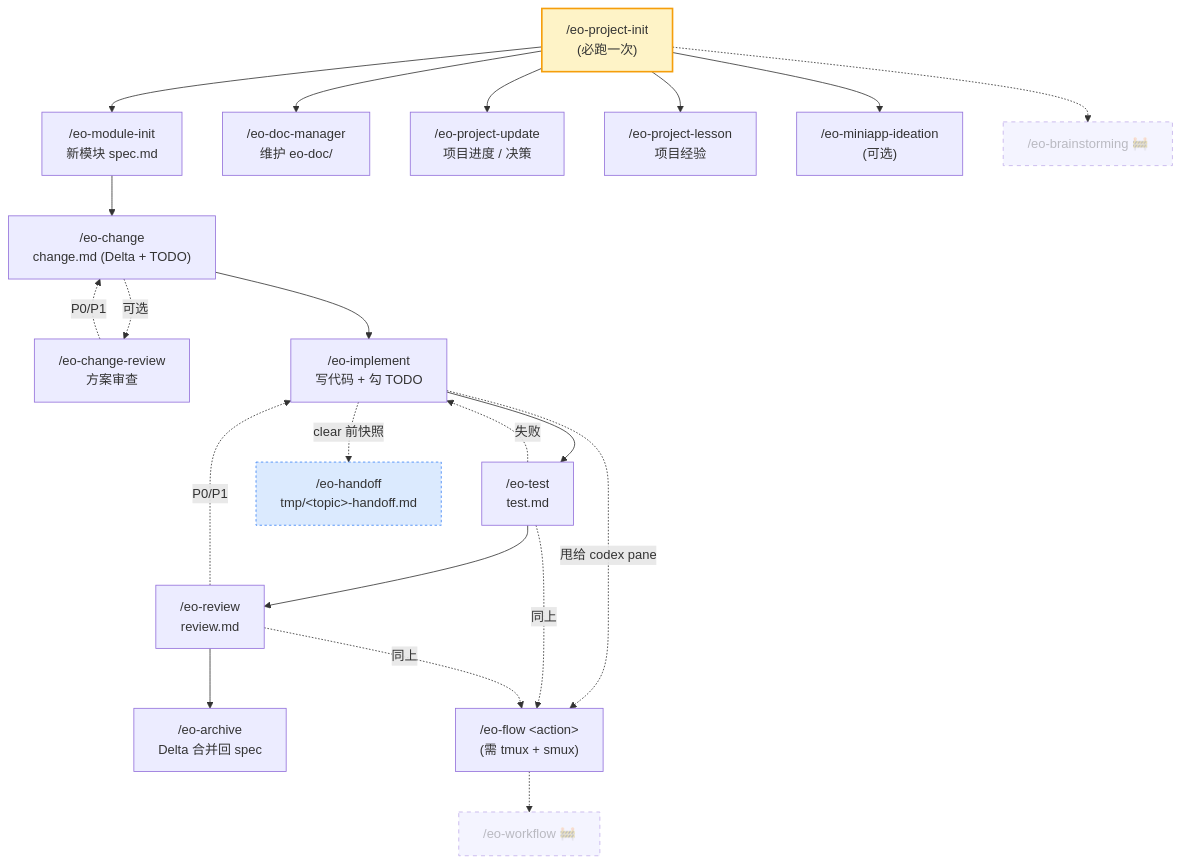
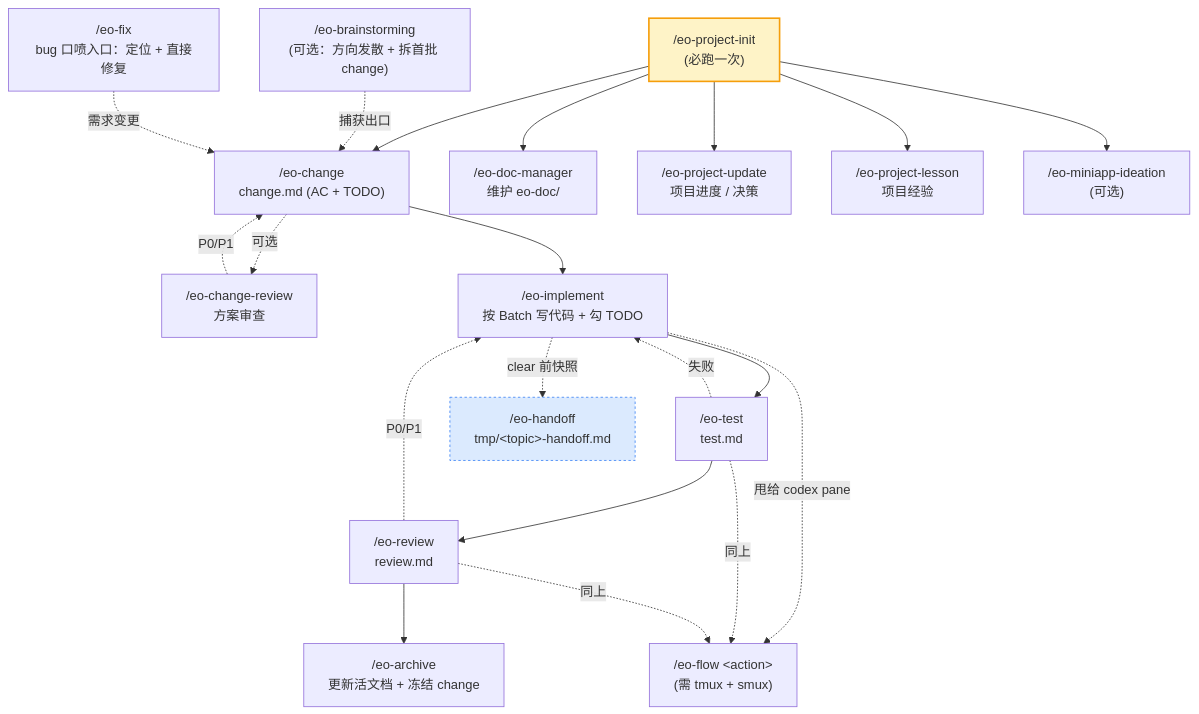
One commit to SimpleEve/eo-skills changed the diagram in README.md. Above: the diagram before and after it, drawn with Mermaid. The commit also changed other lines of this file and 15 other files, not shown here.

First line of the commit message:
v2 Batch 1 拆骨:移除 eo-workflow/eo-spec/eo-spec-review/eo-module-init

````diff
--- a/README.md
+++ b/README.md
@@ -94,33 +96,29 @@
 ```mermaid
 flowchart TD
-    Init["/eo-project-init<br/>(必跑一次)"]:::entry --> ModInit["/eo-module-init<br/>新模块 spec.md"]
-    ModInit --> Change["/eo-change<br/>change.md (Delta + TODO)"]
+    Init["/eo-project-init<br/>(必跑一次)"]:::entry --> Change
+    Brain["/eo-brainstorming<br/>(可选：方向发散 + 拆首批 change)"] -.捕获出口.-> Change["/eo-change<br/>change.md (AC + TODO)"]
     Change -.可选.-> CR["/eo-change-review<br/>方案审查"]
     CR -.P0/P1.-> Change
-    Change --> Imp["/eo-implement<br/>写代码 + 勾 TODO"]
+    Change --> Imp["/eo-implement<br/>按 Batch 写代码 + 勾 TODO"]
     Imp --> Test["/eo-test<br/>test.md"]
     Test -.失败.-> Imp
     Test --> Rev["/eo-review<br/>review.md"]
     Rev -.P0/P1.-> Imp
-    Rev --> Arch["/eo-archive<br/>Delta 合并回 spec"]
+    Rev --> Arch["/eo-archive<br/>更新活文档 + 冻结 change"]
+
+    Fix["/eo-fix<br/>bug 口喷入口：定位 + 直接修复"] -.需求变更.-> Change
 
     Imp -.甩给 codex pane.-> Flow["/eo-flow &lt;action&gt;<br/>(需 tmux + smux)"]
     Test -.同上.-> Flow
     Rev -.同上.-> Flow
 
     Init --> Doc["/eo-doc-manager<br/>维护 eo-doc/"]
     Init --> PU["/eo-project-update<br/>项目进度 / 决策"]
     Init --> PL["/eo-project-lesson<br/>项目经验"]
     Init --> Mini["/eo-miniapp-ideation<br/>(可选)"]
 
     Imp -.clear 前快照.-> Hand["/eo-handoff<br/>tmp/&lt;topic&gt;-handoff.md"]:::cross
 
-    Brain["/eo-brainstorming 🚧"]:::wip
-    Wf["/eo-workflow 🚧"]:::wip
-    Init -.-> Brain
-    Flow -.-> Wf
-
     classDef entry fill:#fef3c7,stroke:#f59e0b,stroke-width:2px
-    classDef wip stroke-dasharray: 5 5,opacity:0.55
     classDef cross fill:#dbeafe,stroke:#3b82f6,stroke-dasharray: 3 3
 ```
````
